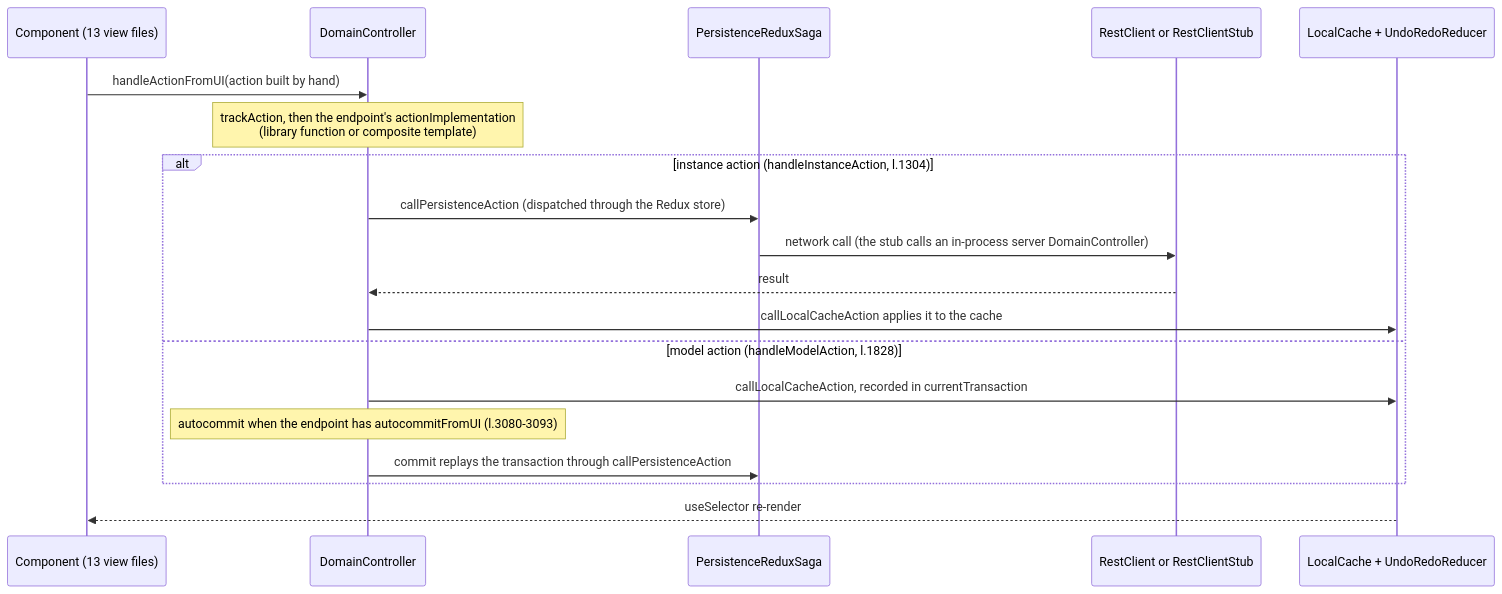
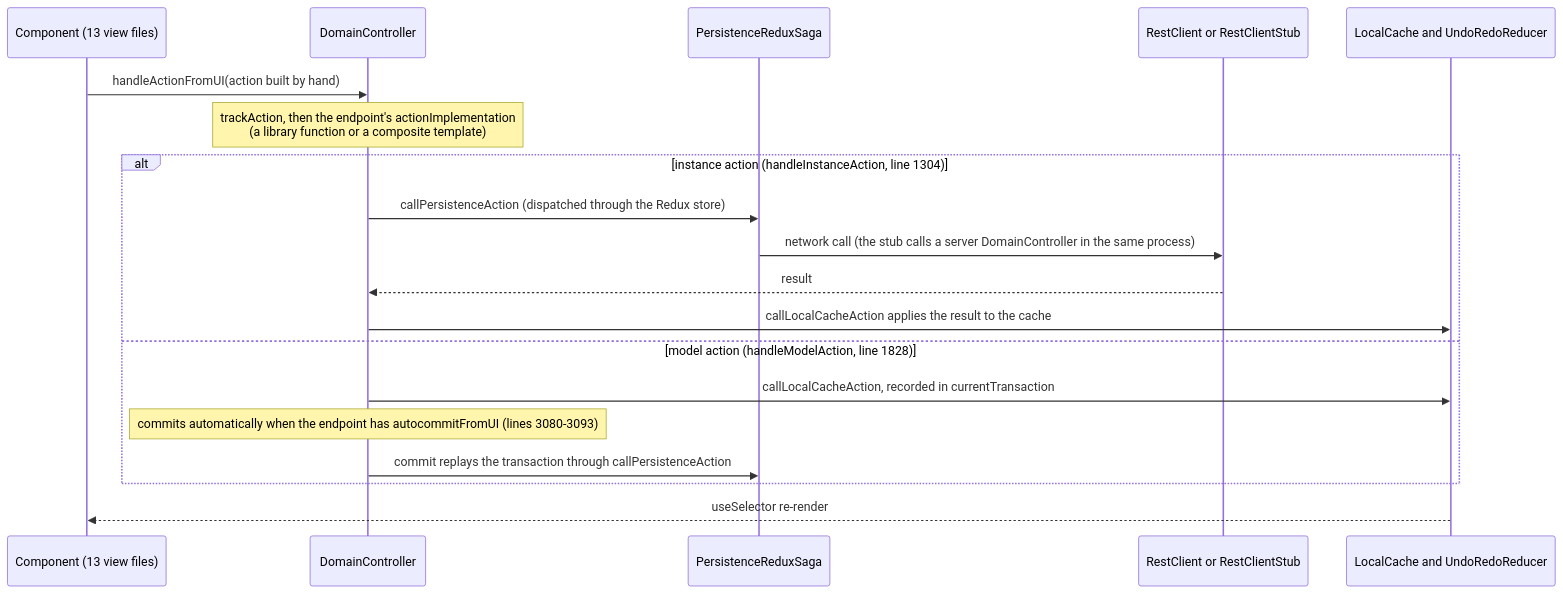
The seventh of 7 diagrams in code-helpers/analyses/2026-10-06-UI structure/analysis.md (miroir-framework/miroir), drawn with Mermaid before and after one commit. The commit also changed other lines of this file and 1 other file, not shown here.

First line of the commit message:
Rewrite the UI architecture review in plain language

````diff
--- a/code-helpers/analyses/2026-10-06-UI structure/analysis.md
+++ b/code-helpers/analyses/2026-10-06-UI structure/analysis.md
@@ -196,21 +198,21 @@
 ```mermaid
 sequenceDiagram
   participant C as Component (13 view files)
   participant DC as DomainController
   participant Saga as PersistenceReduxSaga
   participant REST as RestClient or RestClientStub
-  participant LC as LocalCache + UndoRedoReducer
+  participant LC as LocalCache and UndoRedoReducer
   C->>DC: handleActionFromUI(action built by hand)
-  Note over DC: trackAction, then the endpoint's actionImplementation<br/>(library function or composite template)
-  alt instance action (handleInstanceAction, l.1304)
+  Note over DC: trackAction, then the endpoint's actionImplementation<br/>(a library function or a composite template)
+  alt instance action (handleInstanceAction, line 1304)
     DC->>Saga: callPersistenceAction (dispatched through the Redux store)
-    Saga->>REST: network call (the stub calls an in-process server DomainController)
+    Saga->>REST: network call (the stub calls a server DomainController in the same process)
     REST-->>DC: result
-    DC->>LC: callLocalCacheAction applies it to the cache
-  else model action (handleModelAction, l.1828)
+    DC->>LC: callLocalCacheAction applies the result to the cache
+  else model action (handleModelAction, line 1828)
     DC->>LC: callLocalCacheAction, recorded in currentTransaction
-    Note over DC: autocommit when the endpoint has autocommitFromUI (l.3080-3093)
+    Note over DC: commits automatically when the endpoint has autocommitFromUI (lines 3080-3093)
     DC->>Saga: commit replays the transaction through callPersistenceAction
   end
   LC-->>C: useSelector re-render
 ```
````
